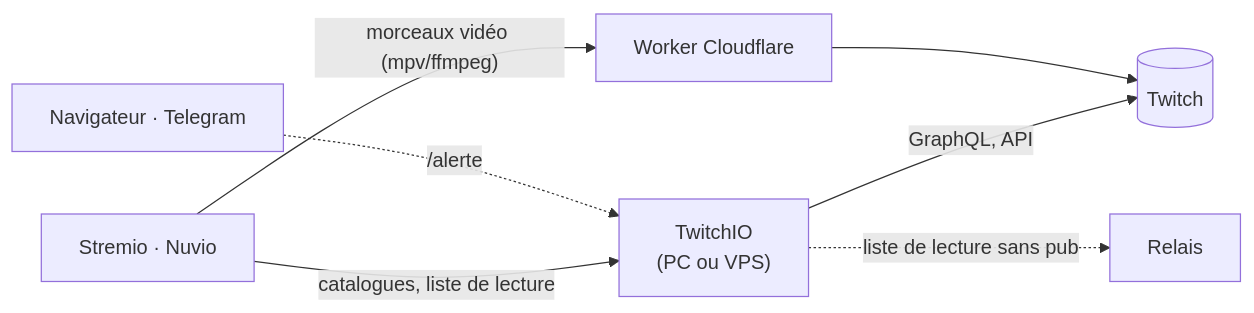
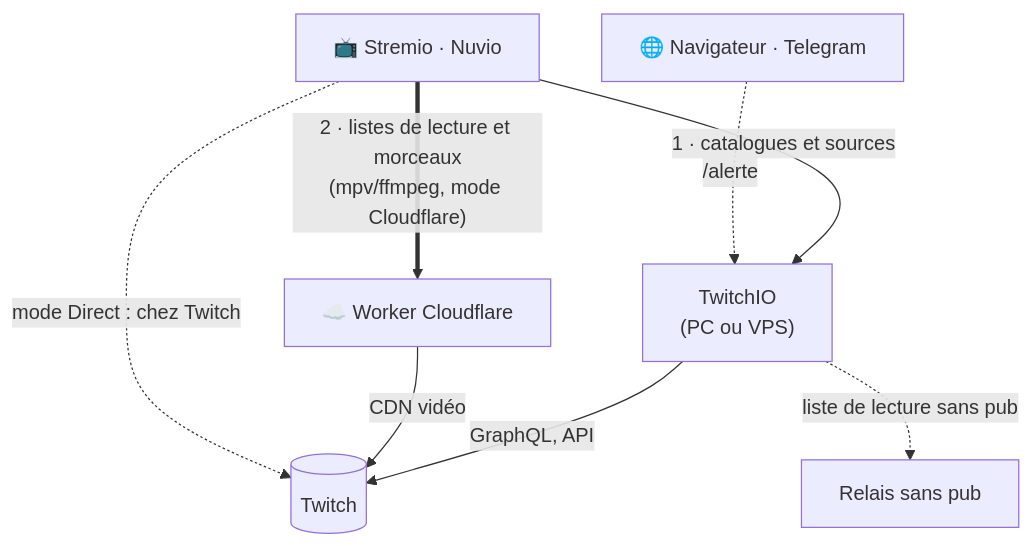
One commit to Wallacecleaver/Twitch-stremio changed the diagram in README.md. Above: the diagram before and after it, drawn with Mermaid. The commit also changed other lines of this file, not shown here.

Commit message:
README : schéma d'architecture corrigé (Worker = listes de lecture et morceaux, mode Direct)

````diff
--- a/README.md
+++ b/README.md
@@ -39,9 +41,15 @@
 ```mermaid
-flowchart LR
-    S["Stremio · Nuvio"] -->|catalogues, liste de lecture| A["TwitchIO<br/>(PC ou VPS)"]
-    A -->|GraphQL, API| T[("Twitch")]
-    A -.->|liste de lecture sans pub| R["Relais"]
-    S -->|"morceaux vidéo (mpv/ffmpeg)"| W["Worker Cloudflare"]
-    W --> T
-    B["Navigateur · Telegram"] -.->|/alerte| A
+flowchart TB
+    S["📺 Stremio · Nuvio"]
+    A["TwitchIO<br/>(PC ou VPS)"]
+    W["☁️ Worker Cloudflare"]
+    R["Relais sans pub"]
+    T[("Twitch")]
+    S -->|"1 · catalogues et sources"| A
+    A -->|"GraphQL, API"| T
+    A -.->|"liste de lecture sans pub"| R
+    S ==>|"2 · listes de lecture et morceaux<br/>(mpv/ffmpeg, mode Cloudflare)"| W
+    W -->|"CDN vidéo"| T
+    S -.->|"mode Direct : chez Twitch"| T
+    B["🌐 Navigateur · Telegram"] -.->|"/alerte"| A
 ```
````
